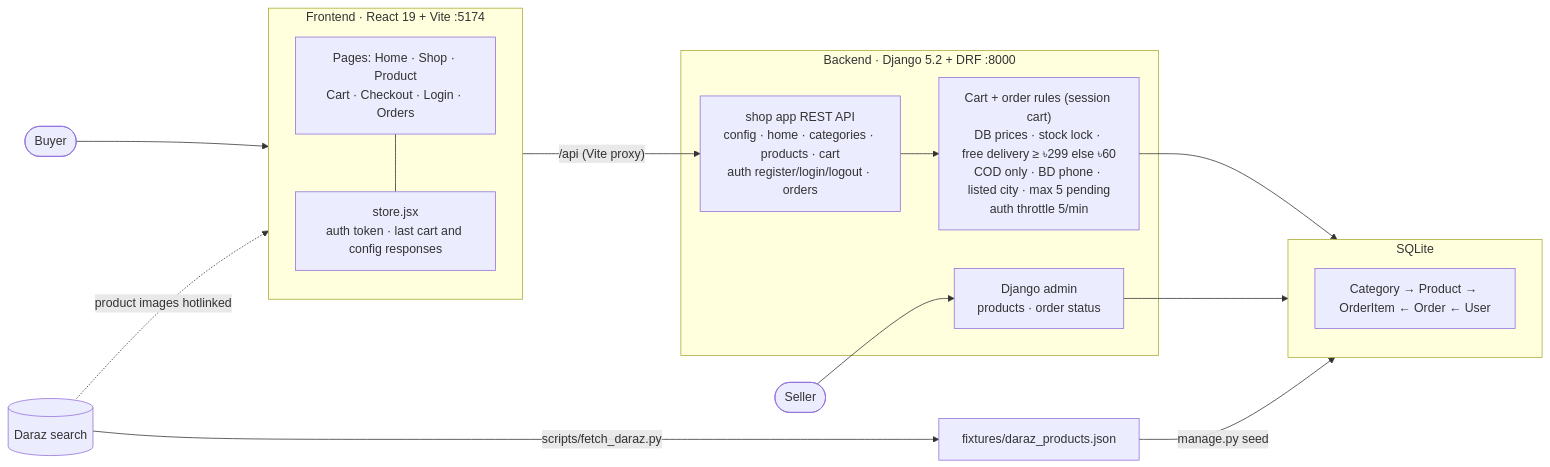
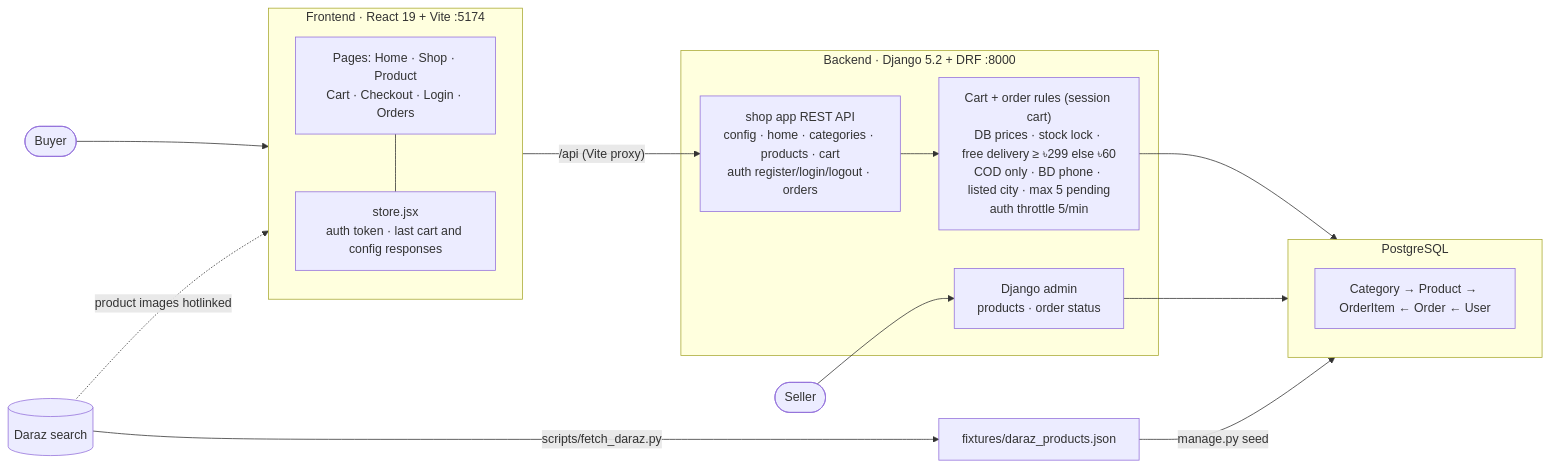
The diagram in README.md (ironMan-blip/Haat), drawn with Mermaid before and after one commit. The commit also changed other lines of this file and 2 other files, not shown here.

Commit message:
feat: migrate database from SQLite to PostgreSQL and update CI configuration

````diff
--- a/README.md
+++ b/README.md
@@ -34,29 +34,29 @@
 ```mermaid
 flowchart LR
   subgraph FE["Frontend · React 19 + Vite :5174"]
     Pages["Pages: Home · Shop · Product<br/>Cart · Checkout · Login · Orders"]
     Store["store.jsx<br/>auth token · last cart and config responses"]
     Pages --- Store
   end
 
   FE -- "/api (Vite proxy)" --> API
 
   subgraph BE["Backend · Django 5.2 + DRF :8000"]
     API["shop app REST API<br/>config · home · categories · products · cart<br/>auth register/login/logout · orders"]
     Rules["Cart + order rules (session cart)<br/>DB prices · stock lock · free delivery ≥ ৳299 else ৳60<br/>COD only · BD phone · listed city · max 5 pending<br/>auth throttle 5/min"]
     Admin["Django admin<br/>products · order status"]
     API --> Rules
   end
 
-  subgraph DB["SQLite"]
+  subgraph DB["PostgreSQL"]
     Models["Category → Product → OrderItem ← Order ← User"]
   end
 
   Buyer([Buyer]) --> FE
   Seller([Seller]) --> Admin
   Rules --> DB
   Admin --> DB
   Daraz[(Daraz search)] -- "scripts/fetch_daraz.py" --> Fixture["fixtures/daraz_products.json"]
   Fixture -- "manage.py seed" --> DB
   Daraz -. "product images hotlinked" .-> FE
 ```
````
